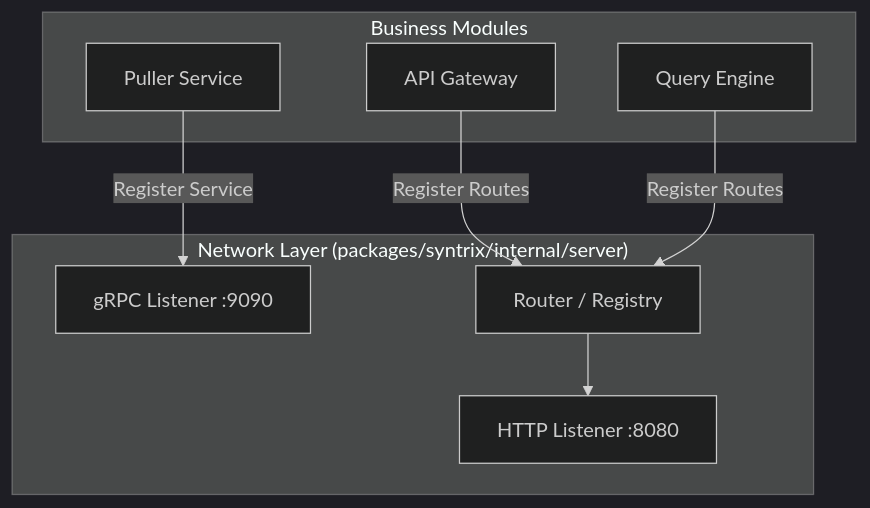
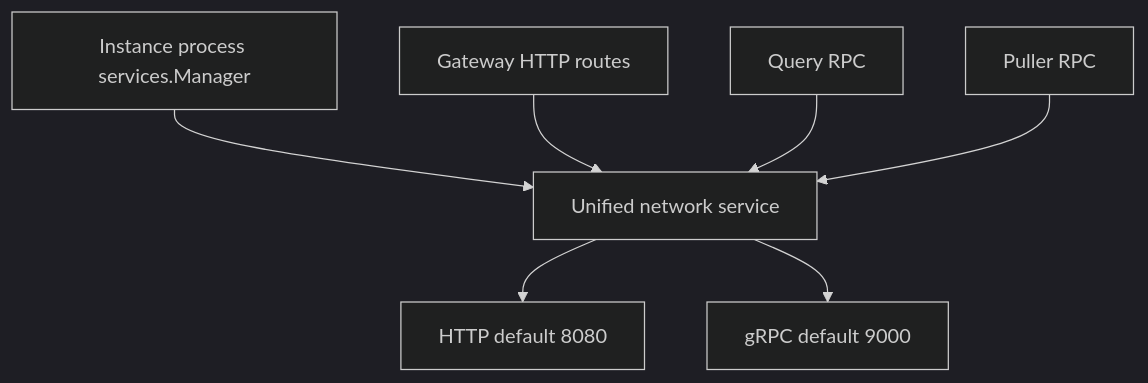
One commit to codetreker/syntrix changed the diagram in docs/design/server/server/01.architecture.md. Above: the diagram before and after it, drawn with Mermaid (dark theme). The commit also changed other lines of this file and 53 other files, not shown here.

First line of the commit message:
docs: define platform architecture boundaries (#170)

````diff
--- a/docs/design/server/server/01.architecture.md
+++ b/docs/design/server/server/01.architecture.md
@@ -34,20 +22,9 @@
 ```mermaid
-graph TD
-    subgraph "Network Layer (packages/syntrix/internal/server)"
-        HTTP[HTTP Listener :8080]
-        GRPC[gRPC Listener :9090]
-        Mux[Router / Registry]
-    end
-
-    subgraph "Business Modules"
-        API[API Gateway]
-        Puller[Puller Service]
-        Engine[Query Engine]
-    end
-
-    API -- "Register Routes" --> Mux
-    Engine -- "Register Routes" --> Mux
-    Puller -- "Register Service" --> GRPC
-
-    Mux --> HTTP
+flowchart TD
+    Manager[Instance process services.Manager] --> Server[Unified network service]
+    Gateway[Gateway HTTP routes] --> Server
+    Query[Query RPC] --> Server
+    Puller[Puller RPC] --> Server
+    Server --> HTTP[HTTP default 8080]
+    Server --> GRPC[gRPC default 9000]
 ```
````
